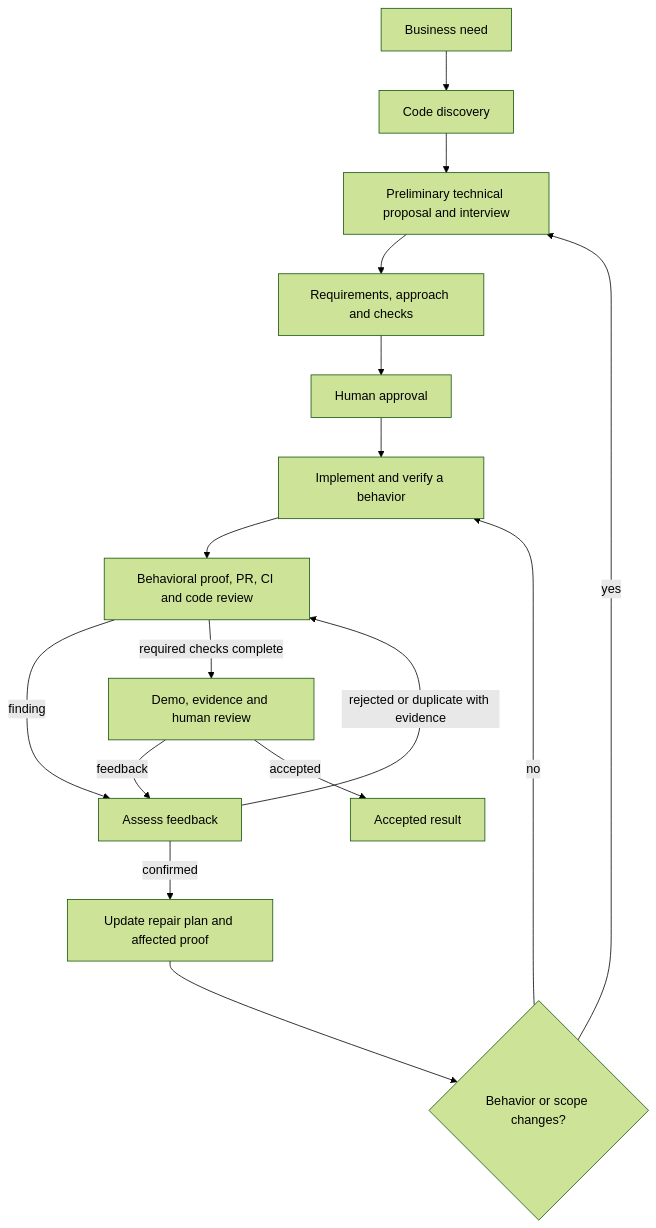
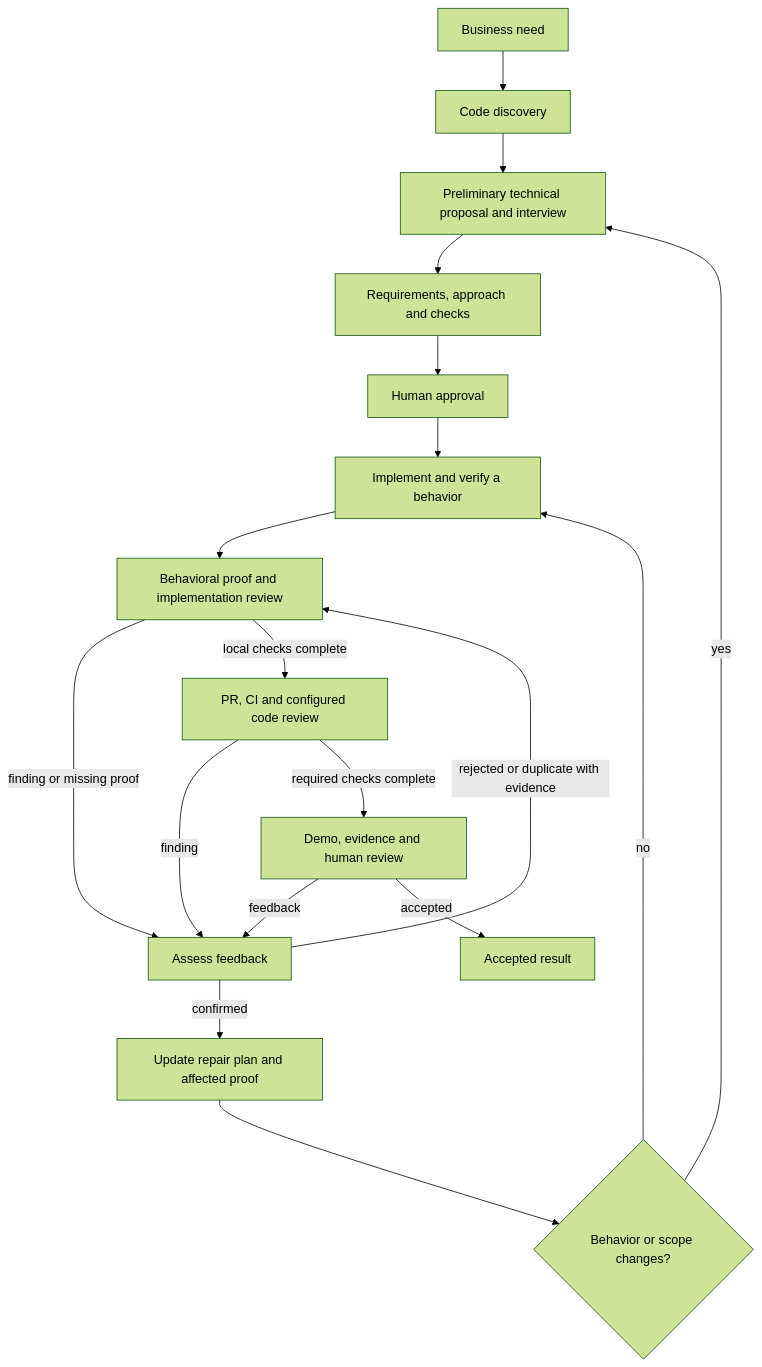
Before and after one commit to ciupkajakub/ai-dev-workflows: the diagram in README.md, drawn with Mermaid (forest theme). The commit also changed other lines of this file and 5 other files, not shown here.

Commit message:
Require implementation evidence before workflow handoff

````diff
--- a/README.md
+++ b/README.md
@@ -68,18 +68,20 @@
 ```mermaid
 flowchart TD
   need[Business need] --> explore[Code discovery]
   explore --> interview[Preliminary technical proposal and interview]
   interview --> plan[Requirements, approach and checks]
   plan --> approve[Human approval]
   approve --> implement[Implement and verify a behavior]
-  implement --> checks[Behavioral proof, PR, CI and code review]
+  implement --> verify[Behavioral proof and implementation review]
+  verify -->|finding or missing proof| assess
+  verify -->|local checks complete| checks[PR, CI and configured code review]
   checks -->|finding| assess[Assess feedback]
-  assess -->|rejected or duplicate with evidence| checks
+  assess -->|rejected or duplicate with evidence| verify
   assess -->|confirmed| repair[Update repair plan and affected proof]
   repair --> change{Behavior or scope changes?}
   change -->|yes| interview
   change -->|no| implement
   checks -->|required checks complete| result[Demo, evidence and human review]
   result -->|feedback| assess
   result -->|accepted| done[Accepted result]
 ```
````
